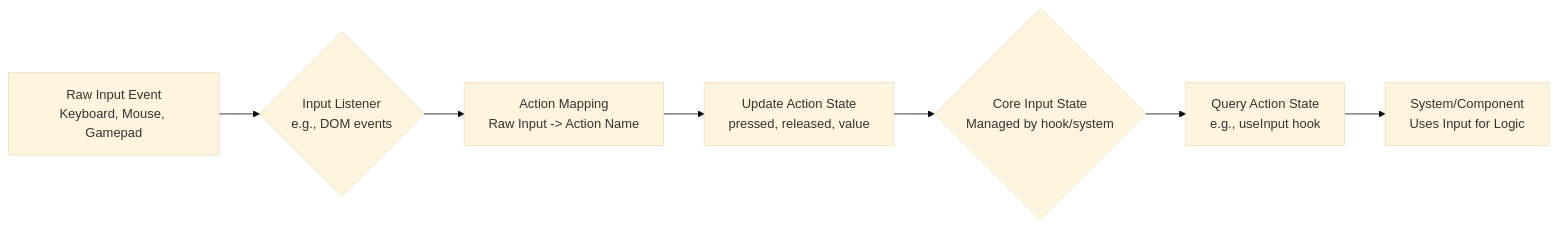
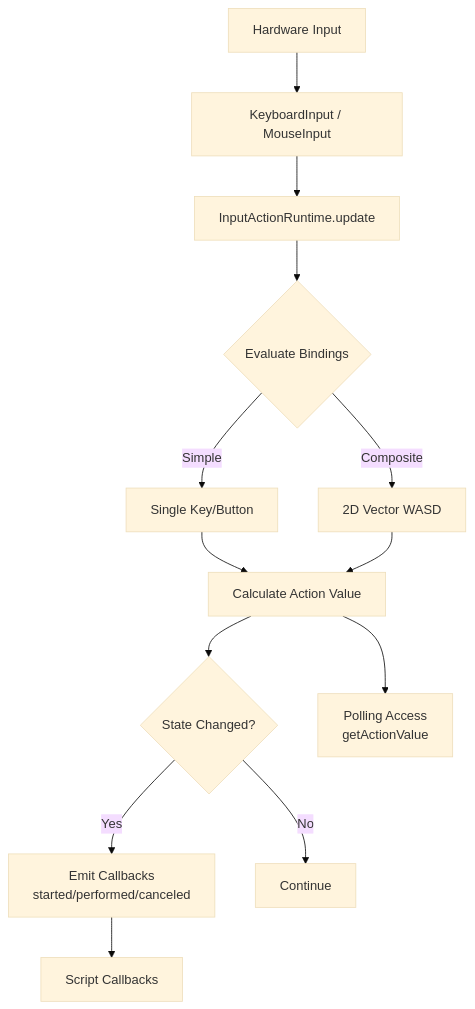
The diagram in docs/architecture/2-11-input-system.md (jonit-dev/vibe-coder-3d), drawn with Mermaid (base theme) before and after one commit. The commit also changed other lines of this file and 3 other files, not shown here.

````diff
--- a/docs/architecture/2-11-input-system.md
+++ b/docs/architecture/2-11-input-system.md
@@ -29,9 +150,15 @@
 ```mermaid
-flowchart LR
-    A[Raw Input Event<br/>Keyboard, Mouse, Gamepad] --> B{Input Listener<br/>e.g., DOM events};
-    B --> C[Action Mapping<br/>Raw Input -> Action Name];
-    C --> D[Update Action State<br/>pressed, released, value];
-    D --> E{Core Input State<br/>Managed by hook/system};
-    E --> F[Query Action State<br/>e.g., useInput hook];
-    F --> G[System/Component<br/>Uses Input for Logic];
+flowchart TB
+    A[Hardware Input] --> B[KeyboardInput / MouseInput]
+    B --> C[InputActionRuntime.update]
+    C --> D{Evaluate Bindings}
+    D -->|Simple| E[Single Key/Button]
+    D -->|Composite| F[2D Vector WASD]
+    E --> G[Calculate Action Value]
+    F --> G
+    G --> H{State Changed?}
+    H -->|Yes| I[Emit Callbacks<br/>started/performed/canceled]
+    H -->|No| J[Continue]
+    I --> K[Script Callbacks]
+    G --> L[Polling Access<br/>getActionValue]
 ```
````
